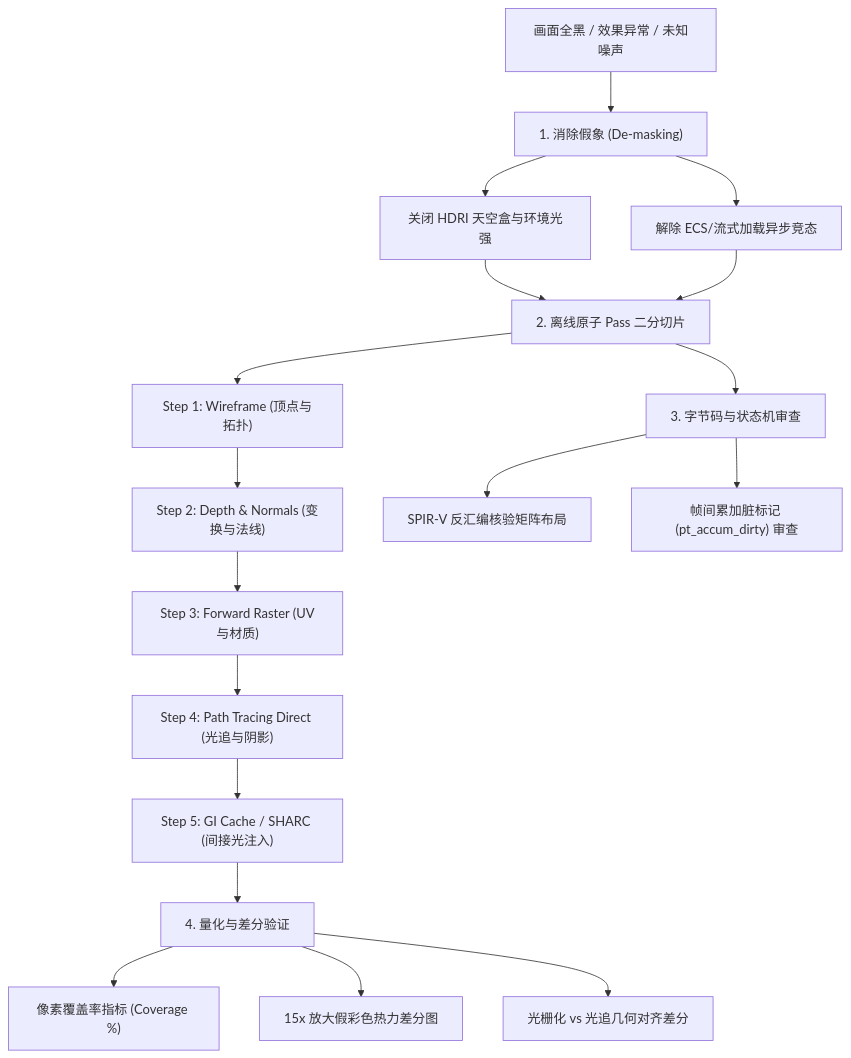
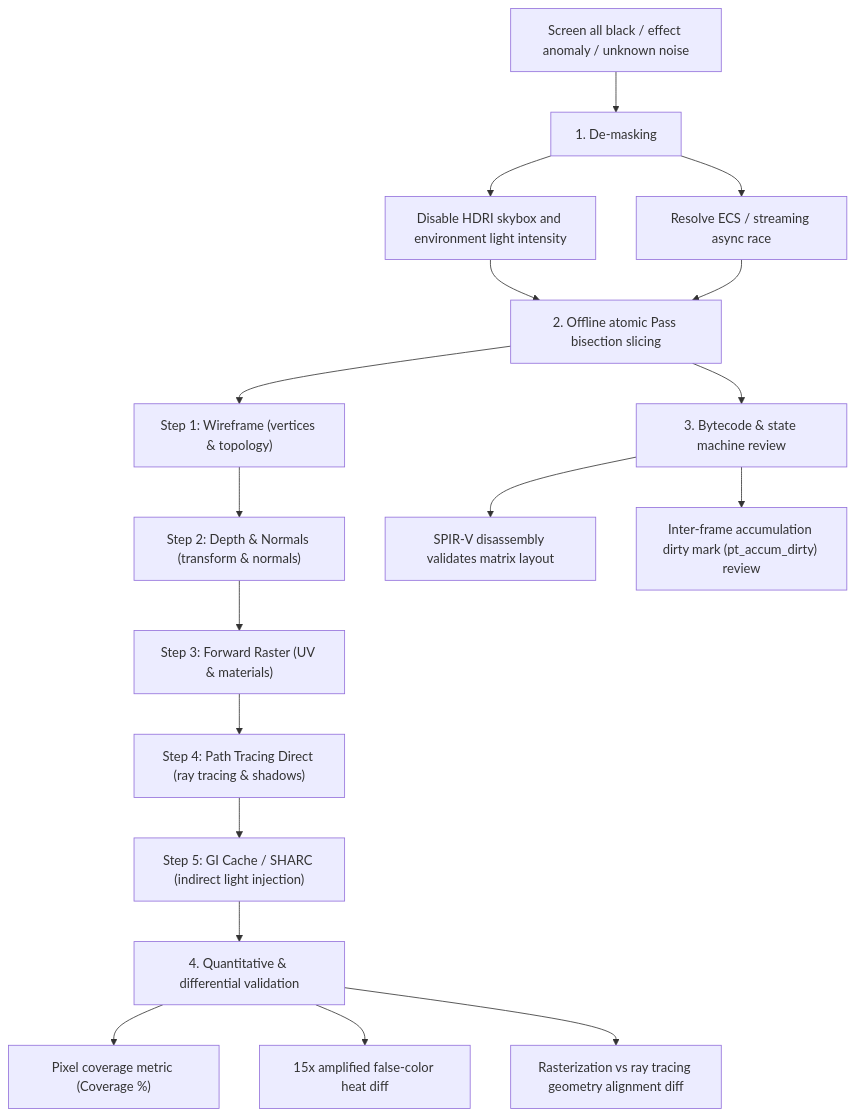
One commit to prisma-rust/prisma changed the diagram in docs/rendering-pipeline-investigation.md. Above: the diagram before and after it, drawn with Mermaid. The commit also changed other lines of this file and 109 other files, not shown here.

````diff
--- a/docs/rendering-pipeline-investigation.md
+++ b/docs/rendering-pipeline-investigation.md
@@ -11,19 +11,19 @@
 ```mermaid
 flowchart TD
-    A["画面全黑 / 效果异常 / 未知噪声"] --> B["1. 消除假象 (De-masking)"]
-    B --> B1["关闭 HDRI 天空盒与环境光强"]
-    B --> B2["解除 ECS/流式加载异步竞态"]
-    B1 & B2 --> C["2. 离线原子 Pass 二分切片"]
-    C --> C1["Step 1: Wireframe (顶点与拓扑)"]
-    C1 --> C2["Step 2: Depth & Normals (变换与法线)"]
-    C2 --> C3["Step 3: Forward Raster (UV与材质)"]
-    C3 --> C4["Step 4: Path Tracing Direct (光追与阴影)"]
-    C4 --> C5["Step 5: GI Cache / SHARC (间接光注入)"]
-    C --> D["3. 字节码与状态机审查"]
-    D --> D1["SPIR-V 反汇编核验矩阵布局"]
-    D --> D2["帧间累加脏标记 (pt_accum_dirty) 审查"]
-    C5 --> E["4. 量化与差分验证"]
-    E --> E1["像素覆盖率指标 (Coverage %)"]
-    E --> E2["15x 放大假彩色热力差分图"]
-    E --> E3["光栅化 vs 光追几何对齐差分"]
+    A["Screen all black / effect anomaly / unknown noise"] --> B["1. De-masking"]
+    B --> B1["Disable HDRI skybox and environment light intensity"]
+    B --> B2["Resolve ECS / streaming async race"]
+    B1 & B2 --> C["2. Offline atomic Pass bisection slicing"]
+    C --> C1["Step 1: Wireframe (vertices & topology)"]
+    C1 --> C2["Step 2: Depth & Normals (transform & normals)"]
+    C2 --> C3["Step 3: Forward Raster (UV & materials)"]
+    C3 --> C4["Step 4: Path Tracing Direct (ray tracing & shadows)"]
+    C4 --> C5["Step 5: GI Cache / SHARC (indirect light injection)"]
+    C --> D["3. Bytecode & state machine review"]
+    D --> D1["SPIR-V disassembly validates matrix layout"]
+    D --> D2["Inter-frame accumulation dirty mark (pt_accum_dirty) review"]
+    C5 --> E["4. Quantitative & differential validation"]
+    E --> E1["Pixel coverage metric (Coverage %)"]
+    E --> E2["15x amplified false-color heat diff"]
+    E --> E3["Rasterization vs ray tracing geometry alignment diff"]
 ```
````
